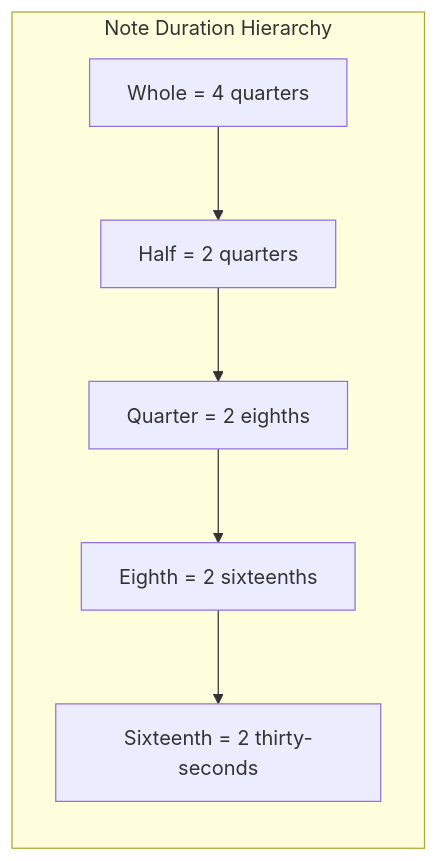
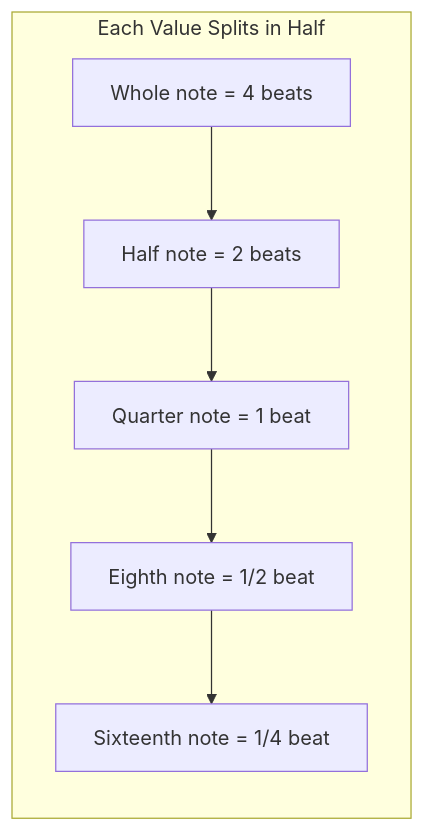
Before and after one commit to blebleblee/synapse: the third of 3 diagrams in topics/arts/composition/notation/lesson_01_notation_basics.md, drawn with Mermaid. The commit also changed other lines of this file and 3 other files, not shown here.

````diff
--- a/topics/arts/composition/notation/lesson_01_notation_basics.md
+++ b/topics/arts/composition/notation/lesson_01_notation_basics.md
@@ -121,11 +87,9 @@
 ```mermaid
 graph LR
-    subgraph sub_duration ["Note Duration Hierarchy"]
-        A["Whole = 4 quarters"]
-        B["Half = 2 quarters"]
-        C["Quarter = 2 eighths"]
-        D["Eighth = 2 sixteenths"]
-        E["Sixteenth = 2 thirty-seconds"]
+    subgraph sub_duration ["Each Value Splits in Half"]
+        A["Whole note = 4 beats"] --> B["Half note = 2 beats"]
+        B --> C["Quarter note = 1 beat"]
+        C --> D["Eighth note = 1/2 beat"]
+        D --> E["Sixteenth note = 1/4 beat"]
     end
-    A --> B --> C --> D --> E
 ```
````
